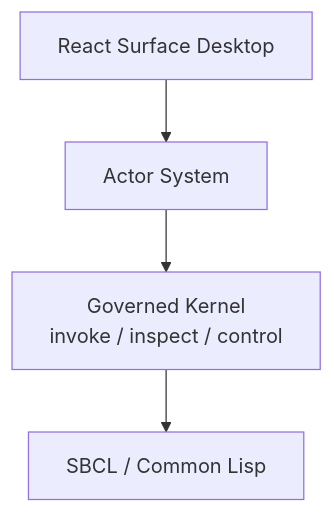
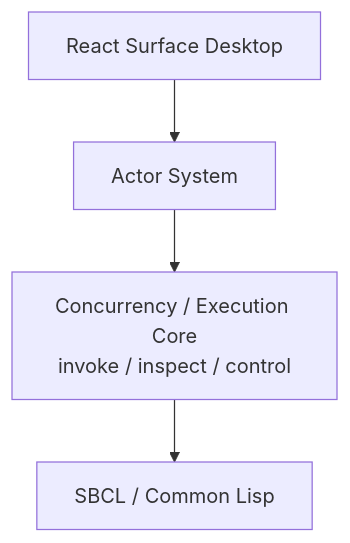
The second of 3 diagrams in docs/foundation.md (pauljbernard/sbcl-agent), drawn with Mermaid before and after one commit. The commit also changed other lines of this file and 124 other files, not shown here.

Commit message:
Refactor runtime around actor concurrency core

````diff
--- a/docs/foundation.md
+++ b/docs/foundation.md
@@ -73,11 +73,11 @@
 ```mermaid
 flowchart TB
     React["React Surface Desktop"]
     Actor["Actor System"]
-    Kernel["Governed Kernel<br/>invoke / inspect / control"]
+    Core["Concurrency / Execution Core<br/>invoke / inspect / control"]
     Runtime["SBCL / Common Lisp"]
 
     React --> Actor
-    Actor --> Kernel
-    Kernel --> Runtime
+    Actor --> Core
+    Core --> Runtime
 ```
````
